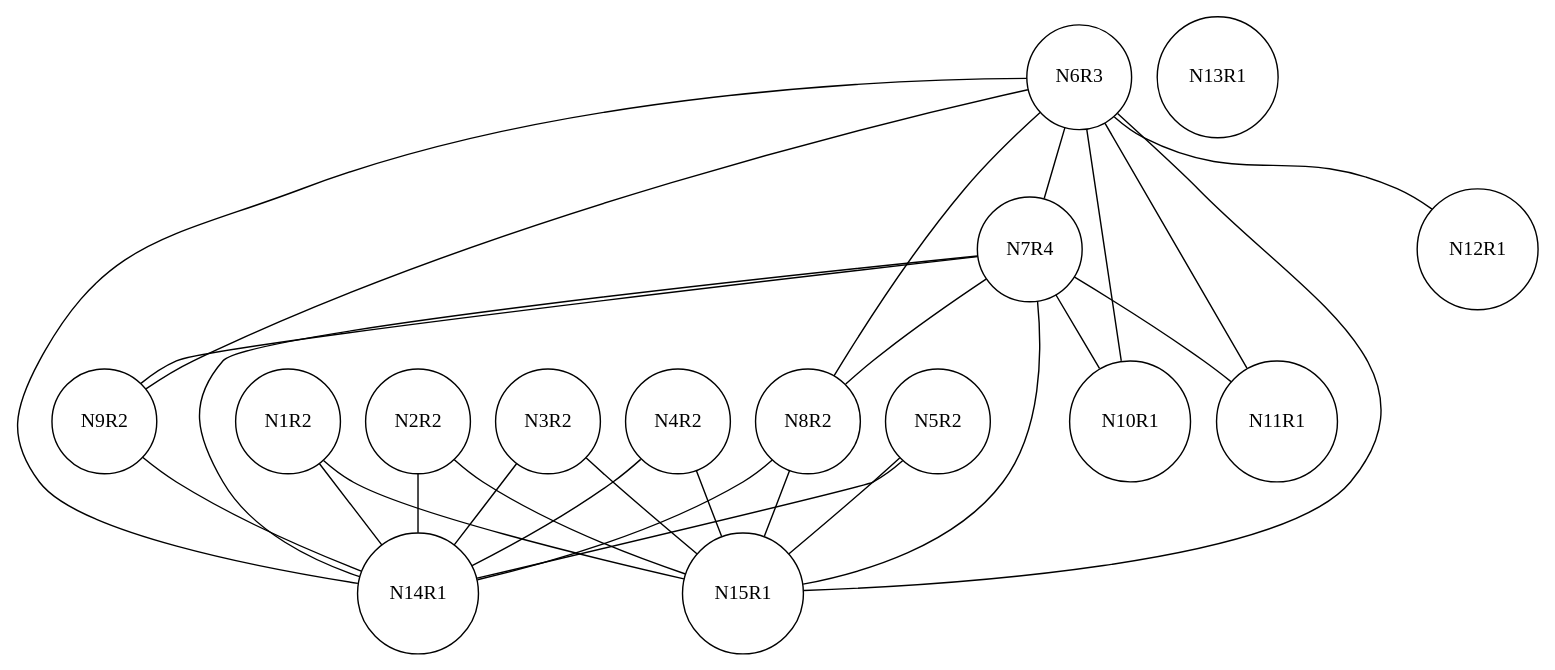
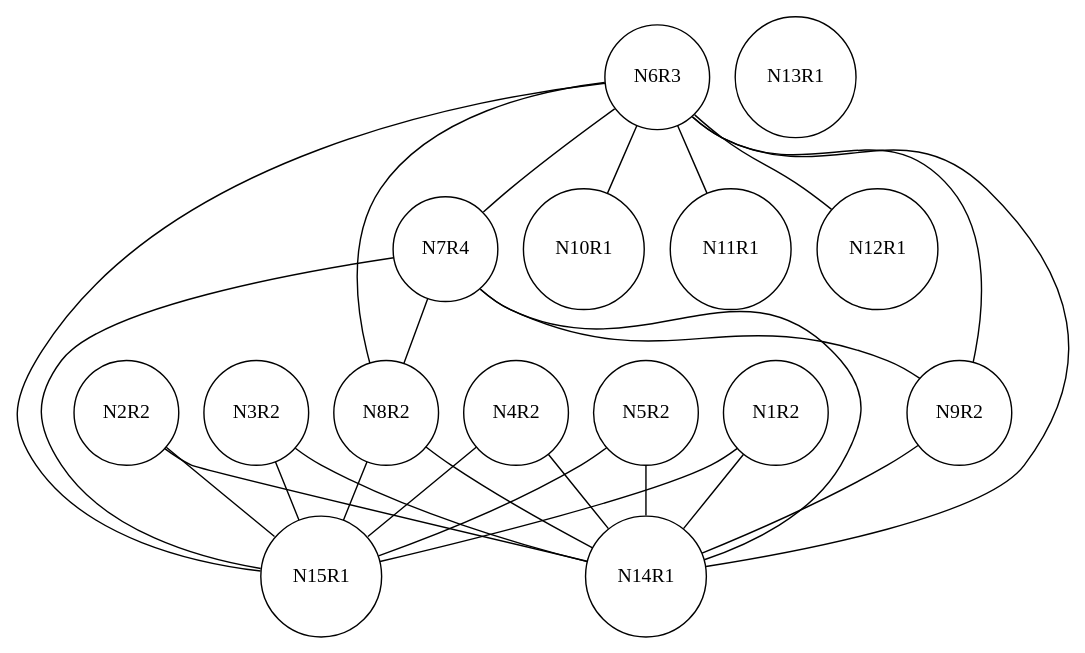
The diagram in project/test007.txt.ig.dot (chris-wood/PL241-Compiler), drawn with Graphviz before and after one commit. The commit also changed 19 other files, not shown here.

```diff
--- a/project/test007.txt.ig.dot
+++ b/project/test007.txt.ig.dot
@@ -1,45 +1,43 @@
 graph ig {
     node [shape = circle];
     N1R2;
     N2R2;
     N3R2;
     N4R2;
     N5R2;
     N6R3;
     N7R4;
     N8R2;
     N9R2;
     N10R1;
     N11R1;
     N12R1;
     N13R1;
     N14R1;
     N15R1;
     N1R2 -- N15R1;
     N1R2 -- N14R1;
     N2R2 -- N15R1;
     N2R2 -- N14R1;
     N3R2 -- N15R1;
     N3R2 -- N14R1;
     N4R2 -- N15R1;
     N4R2 -- N14R1;
     N5R2 -- N15R1;
     N5R2 -- N14R1;
     N6R3 -- N12R1;
     N6R3 -- N11R1;
     N6R3 -- N10R1;
     N6R3 -- N9R2;
     N6R3 -- N8R2;
     N6R3 -- N15R1;
     N6R3 -- N14R1;
     N6R3 -- N7R4;
-    N7R4 -- N11R1;
-    N7R4 -- N10R1;
     N7R4 -- N9R2;
     N7R4 -- N8R2;
     N7R4 -- N15R1;
     N7R4 -- N14R1;
     N8R2 -- N15R1;
     N8R2 -- N14R1;
     N9R2 -- N14R1;
 }
```
